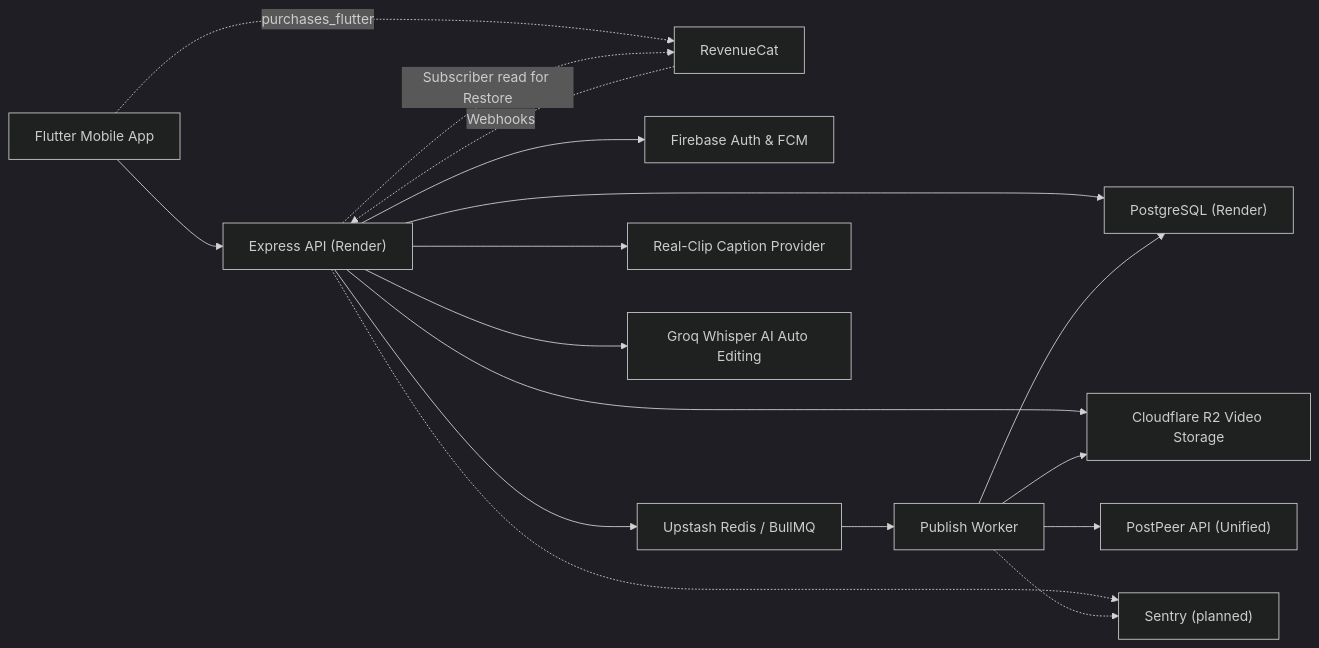
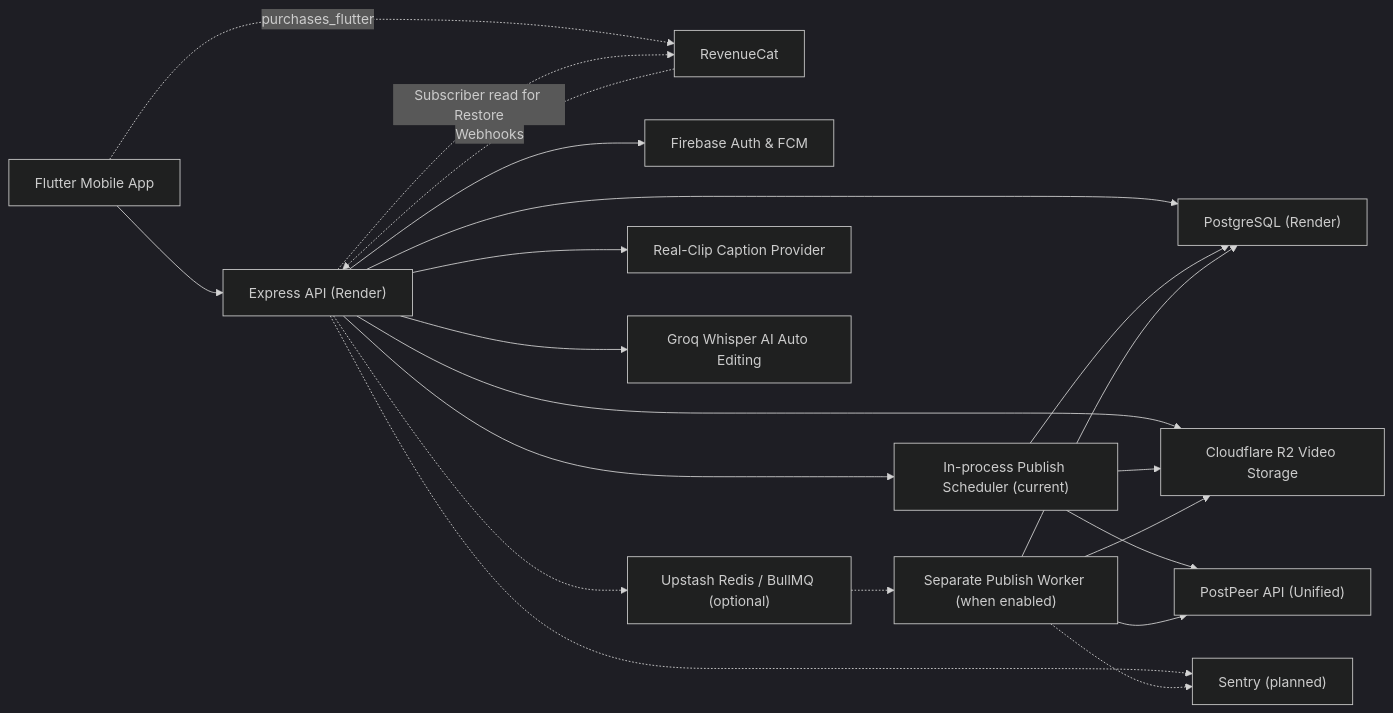
One commit to NOI56/PostDeeMobile changed the first of 8 diagrams in ARCHITECTURE.md. Above: the diagram before and after it, drawn with Mermaid (dark theme). The commit also changed other lines of this file and 214 other files, not shown here.

````diff
--- a/ARCHITECTURE.md
+++ b/ARCHITECTURE.md
@@ -32,19 +33,23 @@
 ```mermaid
 flowchart LR
   Mobile["Flutter Mobile App"] --> API["Express API (Render)"]
   Mobile -.->|purchases_flutter| RC["RevenueCat"]
   RC -.->|Webhooks| API
   API -.->|Subscriber read for Restore| RC
   API --> Auth["Firebase Auth & FCM"]
   API --> DB["PostgreSQL (Render)"]
   API --> Storage["Cloudflare R2 Video Storage"]
-  API --> Queue["Upstash Redis / BullMQ"]
+  API --> Scheduler["In-process Publish Scheduler (current)"]
+  API -.-> Queue["Upstash Redis / BullMQ (optional)"]
   API --> Captions["Real-Clip Caption Provider"]
   API --> Editing["Groq Whisper AI Auto Editing"]
-  Queue --> Worker["Publish Worker"]
-  Worker --> Social["PostPeer API (Unified)"]
+  Scheduler --> Social["PostPeer API (Unified)"]
+  Scheduler --> Storage
+  Scheduler --> DB
+  Queue -.-> Worker["Separate Publish Worker (when enabled)"]
+  Worker --> Social
   Worker --> Storage
   Worker --> DB
   API -.-> PlannedSentry["Sentry (planned)"]
   Worker -.-> PlannedSentry
 ```
````
